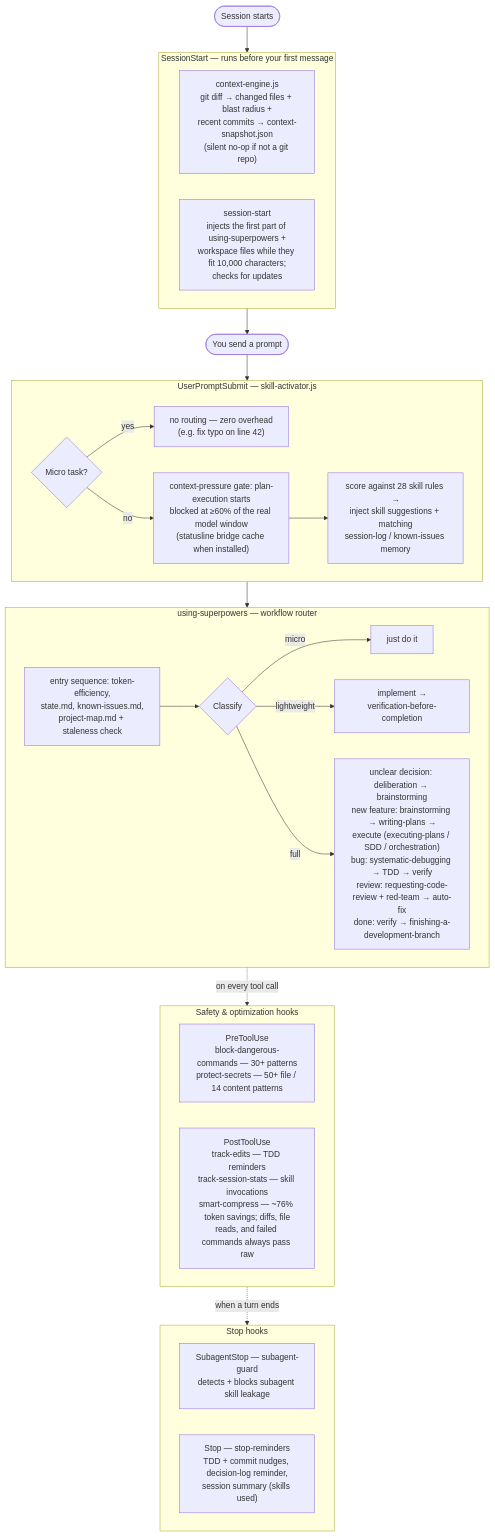
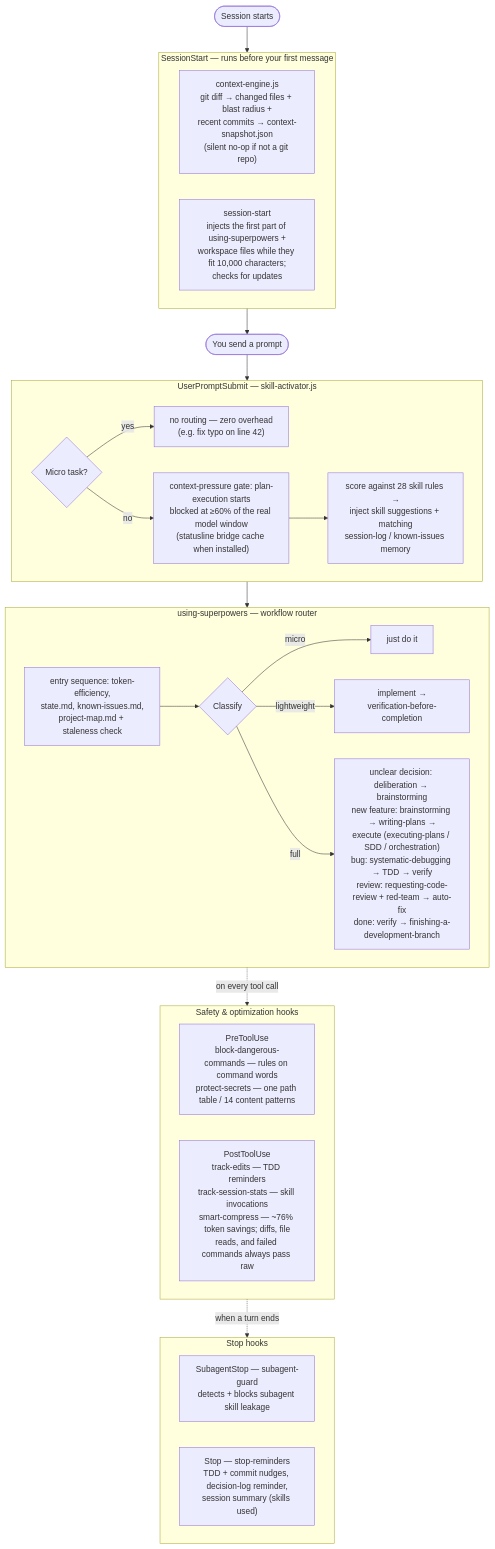
The diagram in README.md (brunob54/superpowers-optimized), drawn with Mermaid before and after one commit. The commit also changed other lines of this file and 11 other files, not shown here.

````diff
--- a/README.md
+++ b/README.md
@@ -90,42 +90,42 @@
 ```mermaid
 flowchart TD
     START([Session starts]) --> SS
 
     subgraph SS["SessionStart — runs before your first message"]
         CE["context-engine.js<br/>git diff → changed files + blast radius +<br/>recent commits → context-snapshot.json<br/>(silent no-op if not a git repo)"]
         SST["session-start<br/>injects the first part of using-superpowers +<br/>workspace files while they fit 10,000 characters;<br/>checks for updates"]
     end
 
     SS --> PROMPT([You send a prompt])
     PROMPT --> SA
 
     subgraph SA["UserPromptSubmit — skill-activator.js"]
         Q1{"Micro task?"} -->|yes| Z1["no routing — zero overhead<br/>(e.g. fix typo on line 42)"]
         Q1 -->|no| PG["context-pressure gate: plan-execution starts<br/>blocked at ≥60% of the real model window<br/>(statusline bridge cache when installed)"]
         PG --> SCORE["score against 28 skill rules →<br/>inject skill suggestions + matching<br/>session-log / known-issues memory"]
     end
 
     SA --> RT
 
     subgraph RT["using-superpowers — workflow router"]
         ES["entry sequence: token-efficiency,<br/>state.md, known-issues.md,<br/>project-map.md + staleness check"]
         ES --> CLS{"Classify"}
         CLS -->|micro| JD["just do it"]
         CLS -->|lightweight| LW["implement →<br/>verification-before-completion"]
         CLS -->|full| FULL["unclear decision: deliberation → brainstorming<br/>new feature: brainstorming → writing-plans →<br/>execute (executing-plans / SDD / orchestration)<br/>bug: systematic-debugging → TDD → verify<br/>review: requesting-code-review + red-team → auto-fix<br/>done: verify → finishing-a-development-branch"]
     end
 
     RT -.->|"on every tool call"| TOOLS
 
     subgraph TOOLS["Safety & optimization hooks"]
-        PRE["PreToolUse<br/>block-dangerous-commands — 30+ patterns<br/>protect-secrets — 50+ file / 14 content patterns"]
+        PRE["PreToolUse<br/>block-dangerous-commands — rules on command words<br/>protect-secrets — one path table / 14 content patterns"]
         POST["PostToolUse<br/>track-edits — TDD reminders<br/>track-session-stats — skill invocations<br/>smart-compress — ~76% token savings; diffs, file<br/>reads, and failed commands always pass raw"]
     end
 
     TOOLS -.->|"when a turn ends"| STOPS
 
     subgraph STOPS["Stop hooks"]
         SG["SubagentStop — subagent-guard<br/>detects + blocks subagent skill leakage"]
         SR["Stop — stop-reminders<br/>TDD + commit nudges, decision-log reminder,<br/>session summary (skills used)"]
     end
 ```
````
